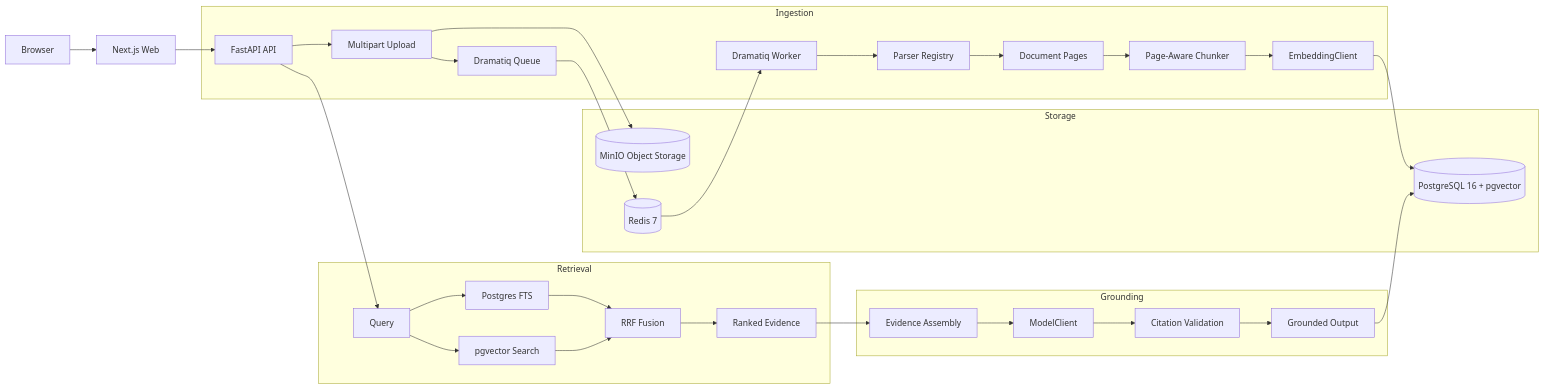
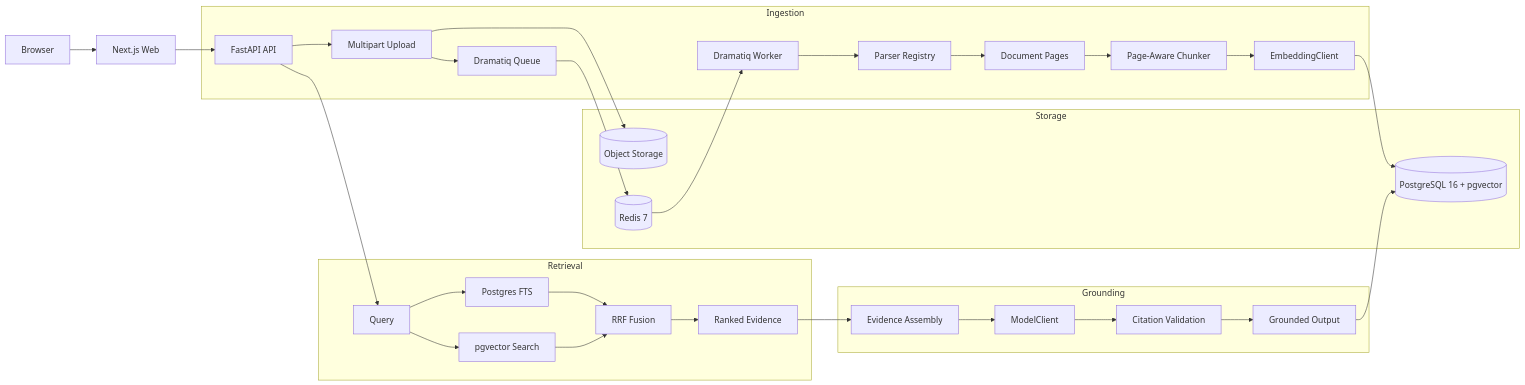
The diagram in docs/architecture.md (vidithsalla/trace), drawn with Mermaid before and after one commit. The commit also changed other lines of this file and 57 other files, not shown here.

````diff
--- a/docs/architecture.md
+++ b/docs/architecture.md
@@ -11,41 +11,41 @@
 ```mermaid
 flowchart LR
     Browser[Browser] --> Web[Next.js Web]
     Web --> API[FastAPI API]
 
     subgraph Storage
         DB[(PostgreSQL 16 + pgvector)]
-        MinIO[(MinIO Object Storage)]
+        MinIO[(Object Storage)]
         Redis[(Redis 7)]
     end
 
     subgraph Ingestion
         API --> Upload[Multipart Upload]
         Upload --> MinIO
         Upload --> Queue[Dramatiq Queue]
         Queue --> Redis
         Redis --> Worker[Dramatiq Worker]
         Worker --> Parser[Parser Registry]
         Parser --> Pages[Document Pages]
         Pages --> Chunker[Page-Aware Chunker]
         Chunker --> Embedder[EmbeddingClient]
         Embedder --> DB
     end
 
     subgraph Retrieval
         API --> Query[Query]
         Query --> FTS[Postgres FTS]
         Query --> Vector[pgvector Search]
         FTS --> RRF[RRF Fusion]
         Vector --> RRF
         RRF --> Results[Ranked Evidence]
     end
 
     subgraph Grounding
         Results --> Evidence[Evidence Assembly]
         Evidence --> Model[ModelClient]
         Model --> Validator[Citation Validation]
         Validator --> Answer[Grounded Output]
         Answer --> DB
     end
 ```
````
